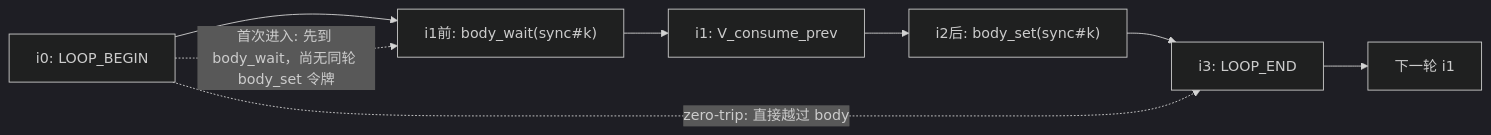
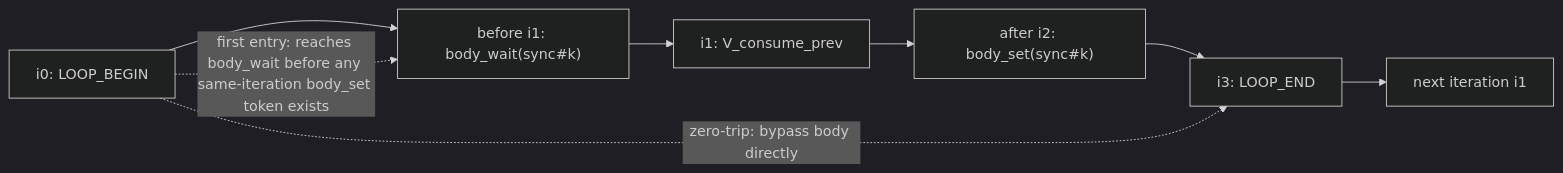
Before and after one commit to afshinarefi/PTOAS_Markham: the seventh of 8 diagrams in docs/designs/ptoas-auto-sync-design.md, drawn with Mermaid (dark theme). The commit also changed other lines of this file and 20 other files, not shown here.

````diff
--- a/docs/designs/ptoas-auto-sync-design.md
+++ b/docs/designs/ptoas-auto-sync-design.md
@@ -710,13 +633,13 @@
 ```mermaid
 flowchart LR
   B0["i0: LOOP_BEGIN"]
-  BW["i1前: body_wait(sync#k)"]
+  BW["before i1: body_wait(sync#k)"]
   V["i1: V_consume_prev"]
-  BS["i2后: body_set(sync#k)"]
+  BS["after i2: body_set(sync#k)"]
   E0["i3: LOOP_END"]
-  NXT["下一轮 i1"]
+  NXT["next iteration i1"]
 
   B0 --> BW --> V --> BS --> E0 --> NXT
-  B0 -. "首次进入: 先到 body_wait，尚无同轮 body_set 令牌" .-> BW
-  B0 -. "zero-trip: 直接越过 body" .-> E0
+  B0 -. "first entry: reaches body_wait before any same-iteration body_set token exists" .-> BW
+  B0 -. "zero-trip: bypass body directly" .-> E0
 ```
````
